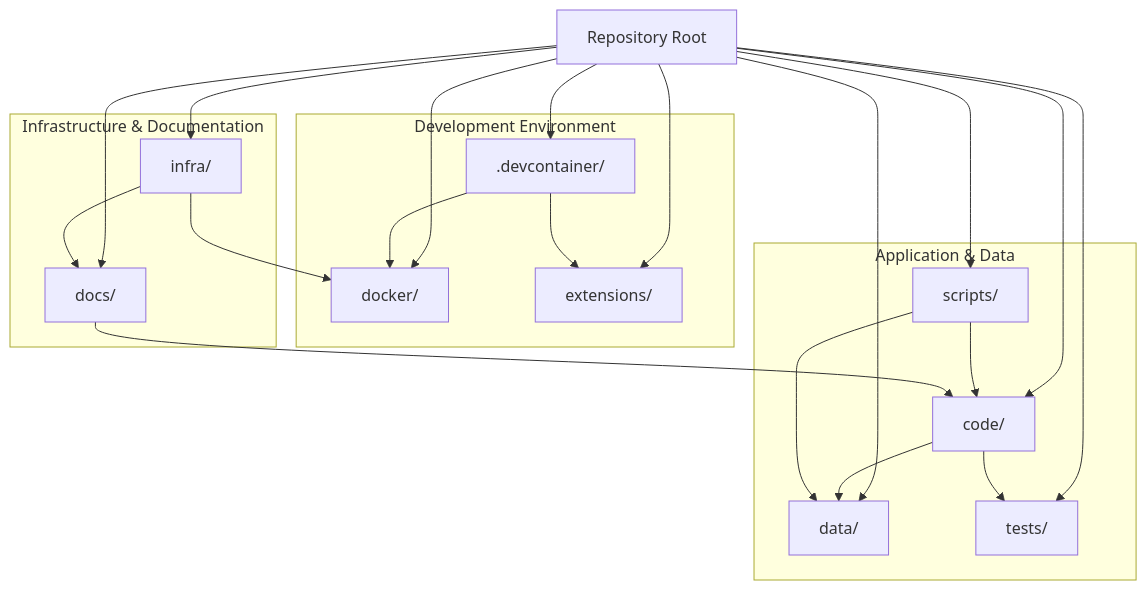
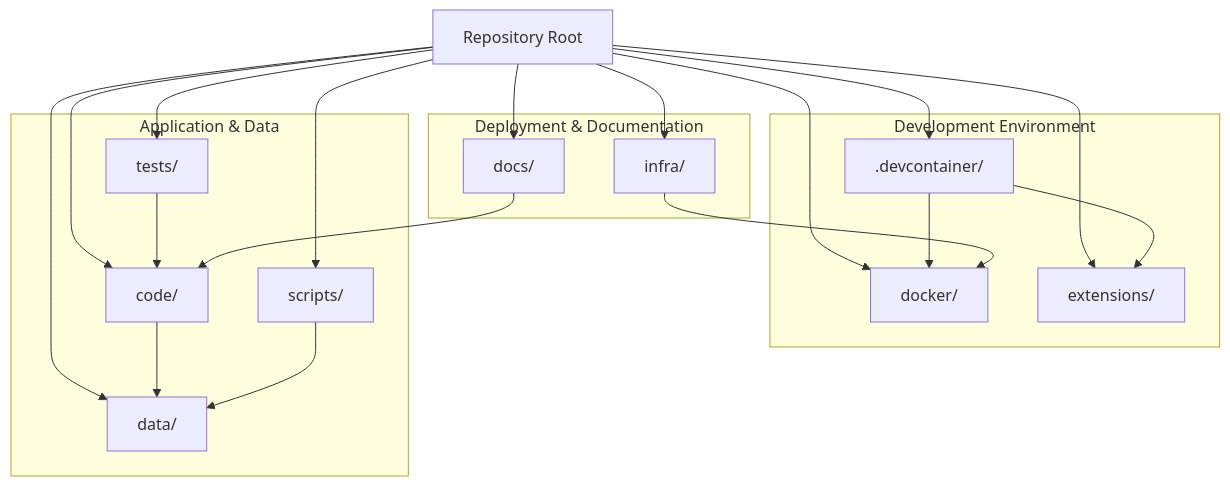
Before and after one commit to leestott/learnskill-agent-foundrylocal: the diagram in docs/demos/docswebcloud/diagram.mmd, drawn with Mermaid. The commit also changed 36 other files, not shown here.

```diff
--- a/docs/demos/docswebcloud/diagram.mmd
+++ b/docs/demos/docswebcloud/diagram.mmd
@@ -1,28 +1,26 @@
 graph TD
-  RepositoryRoot[Repository Root] --> DevContainerDir[.devcontainer/]
-  RepositoryRoot --> CodeDir[code/]
-  RepositoryRoot --> DataDir[data/]
-  RepositoryRoot --> DockerDir[docker/]
-  RepositoryRoot --> DocsDir[docs/]
-  RepositoryRoot --> ExtensionsDir[extensions/]
-  RepositoryRoot --> InfraDir[infra/]
-  RepositoryRoot --> ScriptsDir[scripts/]
-  RepositoryRoot --> TestsDir[tests/]
+  RepoRoot[Repository Root] --> DevContainerDir[.devcontainer/]
+  RepoRoot --> CodeDir[code/]
+  RepoRoot --> DataDir[data/]
+  RepoRoot --> DockerDir[docker/]
+  RepoRoot --> DocsDir[docs/]
+  RepoRoot --> ExtensionsDir[extensions/]
+  RepoRoot --> InfraDir[infra/]
+  RepoRoot --> ScriptsDir[scripts/]
+  RepoRoot --> TestsDir[tests/]
 
   subgraph DevelopmentEnvironment[Development Environment]
     DevContainerDir --> DockerDir
     DevContainerDir --> ExtensionsDir
   end
 
   subgraph ApplicationAndData[Application & Data]
     CodeDir --> DataDir
-    CodeDir --> TestsDir
-    ScriptsDir --> CodeDir
     ScriptsDir --> DataDir
+    TestsDir --> CodeDir
   end
 
-  subgraph InfrastructureAndDocs[Infrastructure & Documentation]
+  subgraph DeploymentAndDocumentation[Deployment & Documentation]
     InfraDir --> DockerDir
-    InfraDir --> DocsDir
     DocsDir --> CodeDir
   end
```
